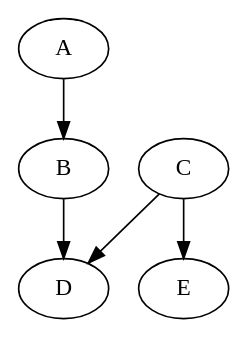
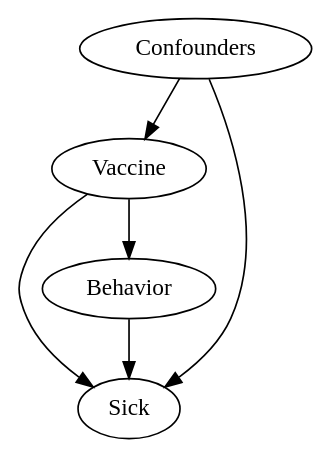
Before and after one commit to omesner/UMSTATS504: diagram 20 of 26 in causalInf/causal.Rmd, drawn with Graphviz. The commit also changed other lines of this file and 6 other files, not shown here.

````diff
--- a/causalInf/causal.Rmd
+++ b/causalInf/causal.Rmd
@@ -725,8 +1232,9 @@
-```{dot simplenetwork, out.width = "30%", echo=FALSE}
-digraph G{
-  A -> B
-  B -> D
-  C -> D
-  C -> E
+```{dot vaccine behavior, out.width = "30%", echo=FALSE}
+digraph G {
+  Confounders -> Vaccine
+  Confounders -> Sick
+  Vaccine -> Behavior
+  Behavior -> Sick
+  Vaccine -> Sick
 }
 ```
````
